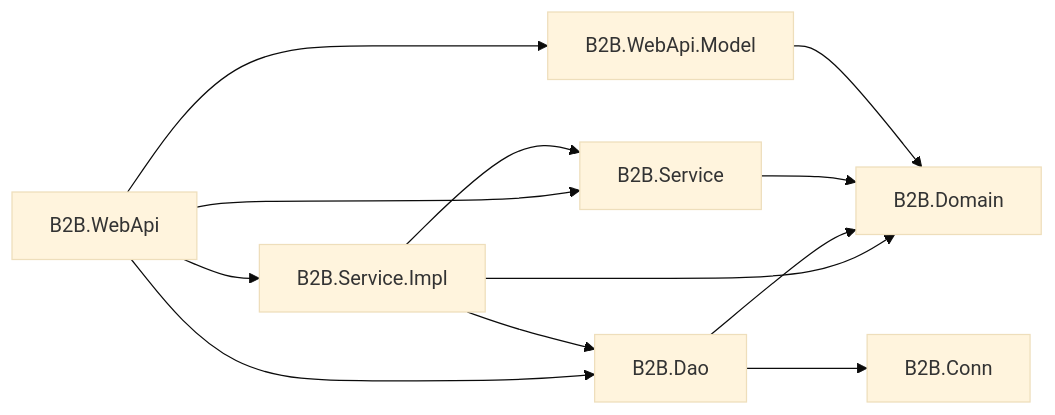
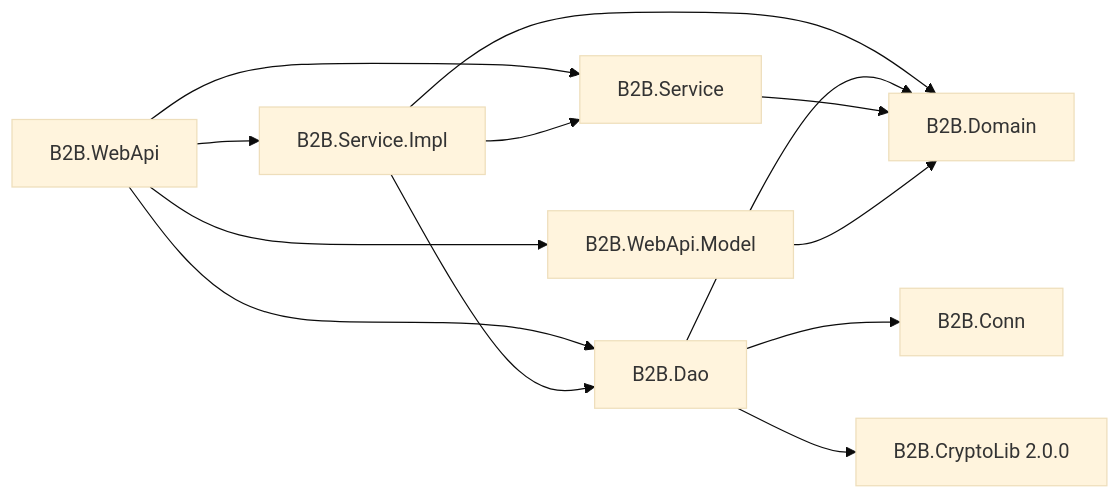
Before and after one commit to rexmax1018/B2B_API: the first of 2 diagrams in README.md, drawn with Mermaid (base theme). The commit also changed other lines of this file and 8 other files, not shown here.

Commit message:
feat: integrate CryptoLib database encryption

````diff
--- a/README.md
+++ b/README.md
@@ -169,14 +172,15 @@
 ```mermaid
 flowchart LR
     WebApi["B2B.WebApi"] --> WebApiModel["B2B.WebApi.Model"]
     WebApi --> Service["B2B.Service"]
     WebApi --> ServiceImpl["B2B.Service.Impl"]
     WebApi --> Dao["B2B.Dao"]
     ServiceImpl --> Service
     ServiceImpl --> Dao
     ServiceImpl --> Domain["B2B.Domain"]
     Dao --> Conn["B2B.Conn"]
+    Dao --> Crypto["B2B.CryptoLib 2.0.0"]
     Dao --> Domain
     Service --> Domain
     WebApiModel --> Domain
 ```
````
